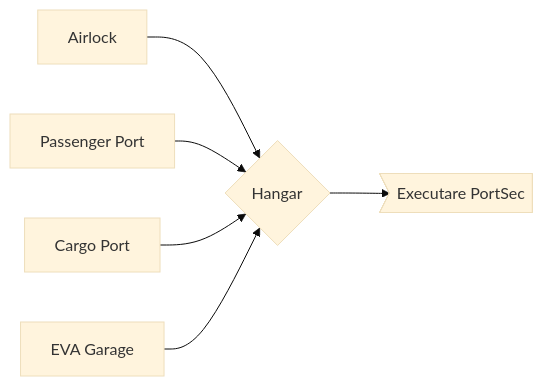
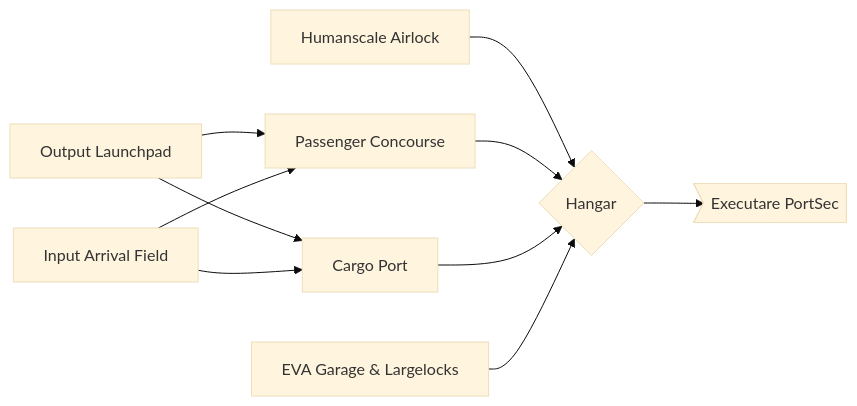
Before and after one commit to cube-drone/rt0: the diagram in players-guide/src/gm/locations/joyeuse/airlock.md, drawn with Mermaid (base theme). The commit also changed other lines of this file and 28 other files, not shown here.

````diff
--- a/players-guide/src/gm/locations/joyeuse/airlock.md
+++ b/players-guide/src/gm/locations/joyeuse/airlock.md
@@ -12,15 +12,21 @@
 ```mermaid
 graph LR;
-    AIRLOCK["Airlock"];
-    PASSENGER["Passenger Port"];
+    AIRLOCK["Humanscale Airlock"];
+    LAUNCHPAD["Output Launchpad"]
+    LANDING["Input Arrival Field"]
+    PASSENGER["Passenger Concourse"];
     CARGO["Cargo Port"];
-    GARAGE["EVA Garage"];
+    GARAGE["EVA Garage & Largelocks"];
     HUB{"Hangar"};
     EXIT>"Executare PortSec"]
 
     AIRLOCK-->HUB;
+    LAUNCHPAD-->PASSENGER;
+    LANDING-->PASSENGER
+    LAUNCHPAD-->CARGO;
+    LANDING-->CARGO;
     PASSENGER-->HUB;
     CARGO-->HUB;
     GARAGE-->HUB;
     HUB-->EXIT;
 ```
````
